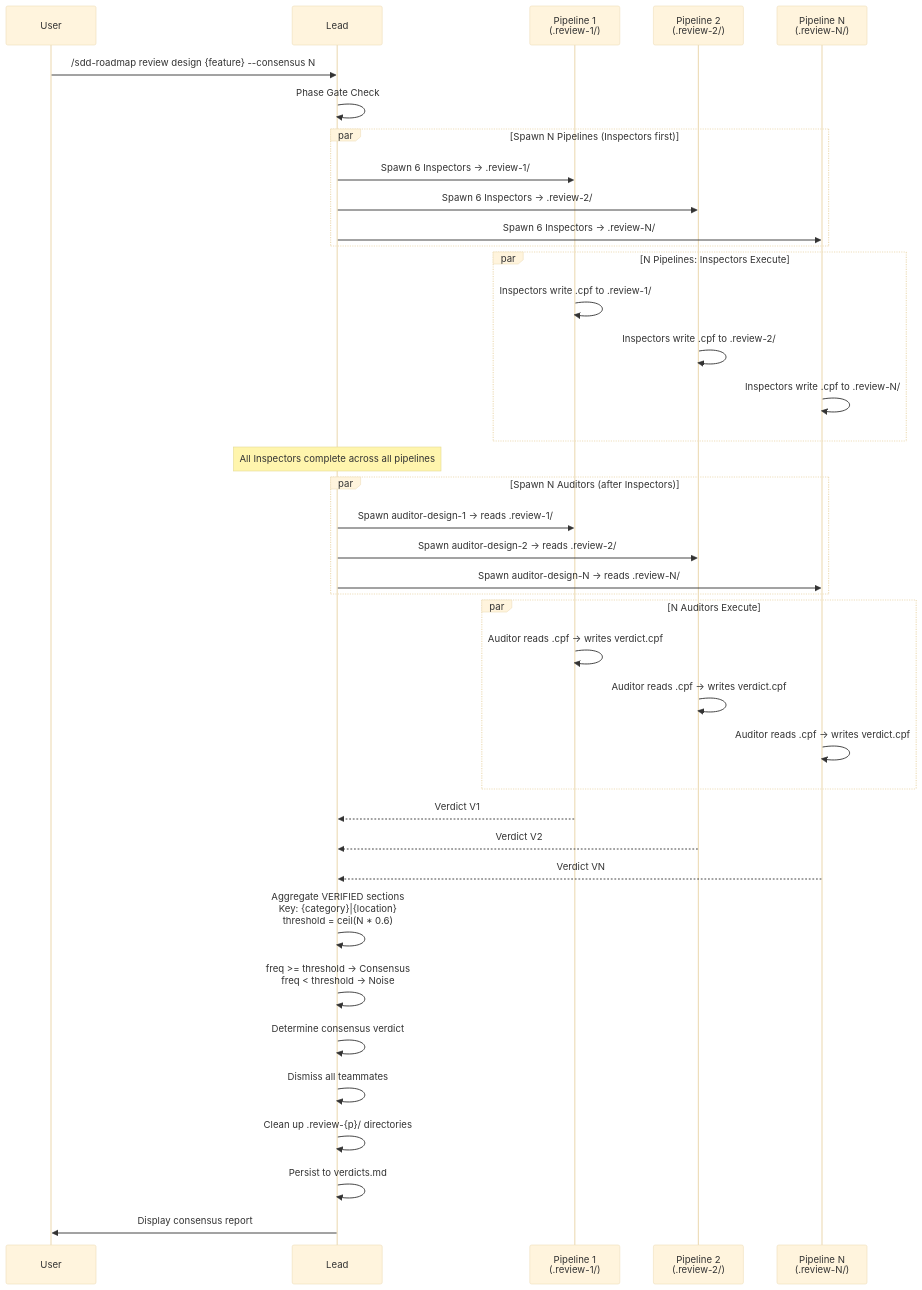
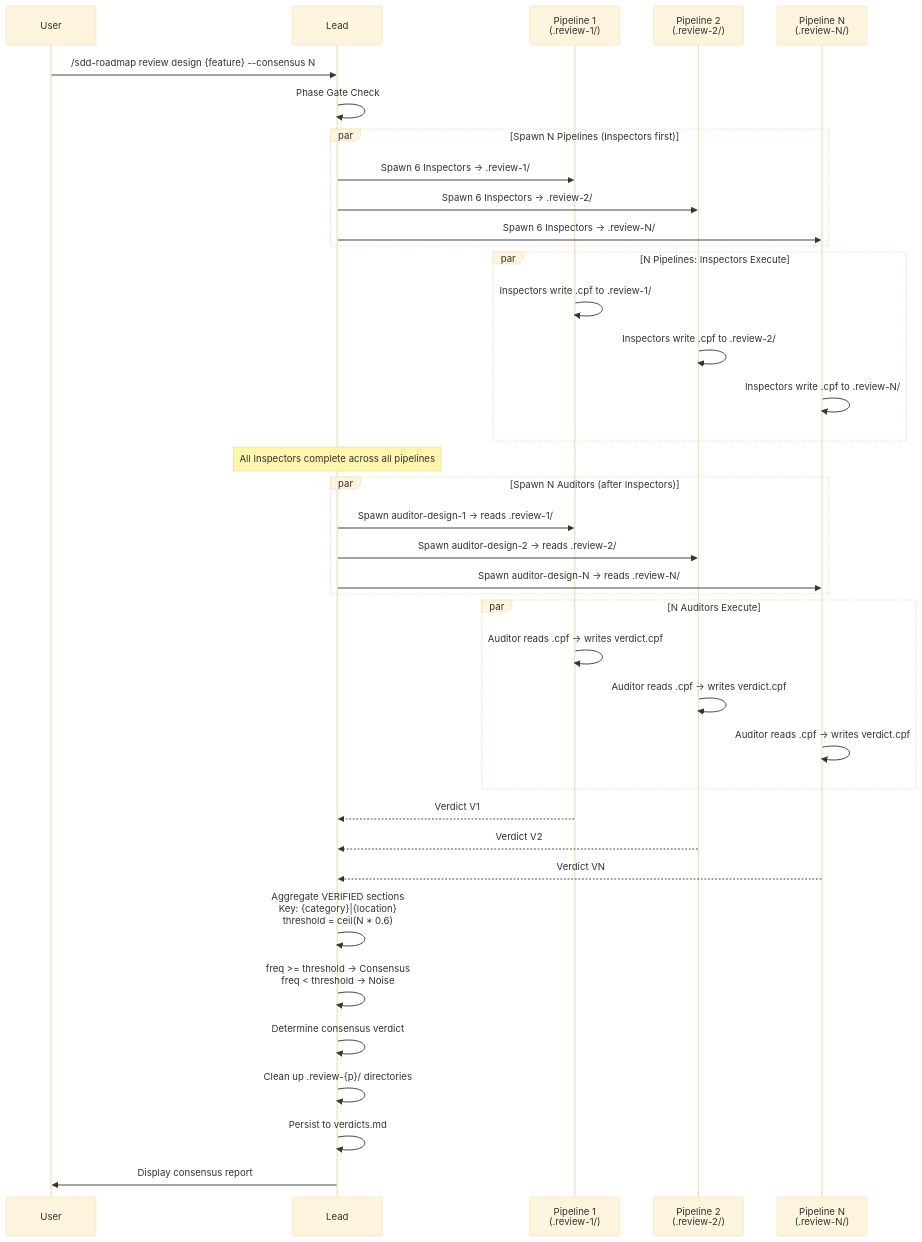
The second of 3 diagrams in .claude/sdd/project/specs/design-review/design.md (sync-dev-org/sync-sdd), drawn with Mermaid (base theme) before and after one commit. The commit also changed other lines of this file and 45 other files, not shown here.

First line of the commit message:
Migrate from Agent Teams to SubAgent architecture

````diff
--- a/.claude/sdd/project/specs/design-review/design.md
+++ b/.claude/sdd/project/specs/design-review/design.md
@@ -309,49 +307,48 @@
 ```mermaid
 sequenceDiagram
     participant U as User
     participant L as Lead
     participant P1 as Pipeline 1<br/>(.review-1/)
     participant P2 as Pipeline 2<br/>(.review-2/)
     participant PN as Pipeline N<br/>(.review-N/)
 
     U->>L: /sdd-roadmap review design {feature} --consensus N
     L->>L: Phase Gate Check
 
     par Spawn N Pipelines (Inspectors first)
         L->>P1: Spawn 6 Inspectors → .review-1/
         L->>P2: Spawn 6 Inspectors → .review-2/
         L->>PN: Spawn 6 Inspectors → .review-N/
     end
 
     par N Pipelines: Inspectors Execute
         P1->>P1: Inspectors write .cpf to .review-1/
         P2->>P2: Inspectors write .cpf to .review-2/
         PN->>PN: Inspectors write .cpf to .review-N/
     end
 
     Note over L: All Inspectors complete across all pipelines
 
     par Spawn N Auditors (after Inspectors)
         L->>P1: Spawn auditor-design-1 → reads .review-1/
         L->>P2: Spawn auditor-design-2 → reads .review-2/
         L->>PN: Spawn auditor-design-N → reads .review-N/
     end
 
     par N Auditors Execute
         P1->>P1: Auditor reads .cpf → writes verdict.cpf
         P2->>P2: Auditor reads .cpf → writes verdict.cpf
         PN->>PN: Auditor reads .cpf → writes verdict.cpf
     end
 
     P1-->>L: Verdict V1
     P2-->>L: Verdict V2
     PN-->>L: Verdict VN
 
     L->>L: Aggregate VERIFIED sections<br/>Key: {category}|{location}<br/>threshold = ceil(N * 0.6)
     L->>L: freq >= threshold → Consensus<br/>freq < threshold → Noise
     L->>L: Determine consensus verdict
-    L->>L: Dismiss all teammates
     L->>L: Clean up .review-{p}/ directories
     L->>L: Persist to verdicts.md
     L->>U: Display consensus report
 ```
````
